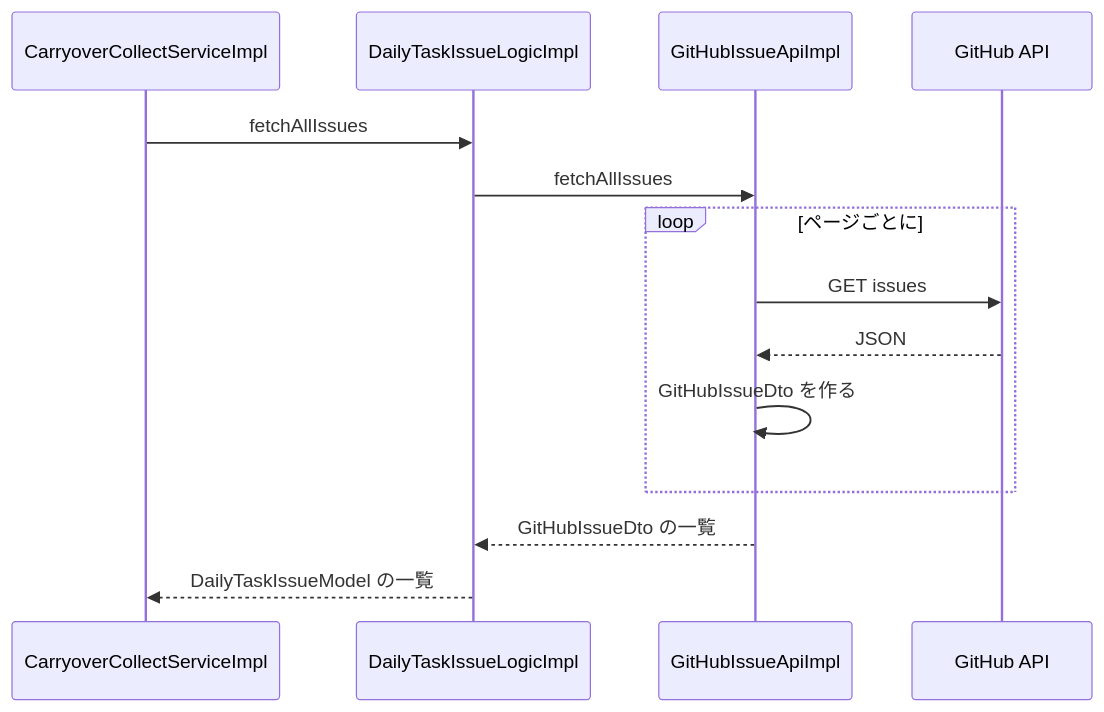
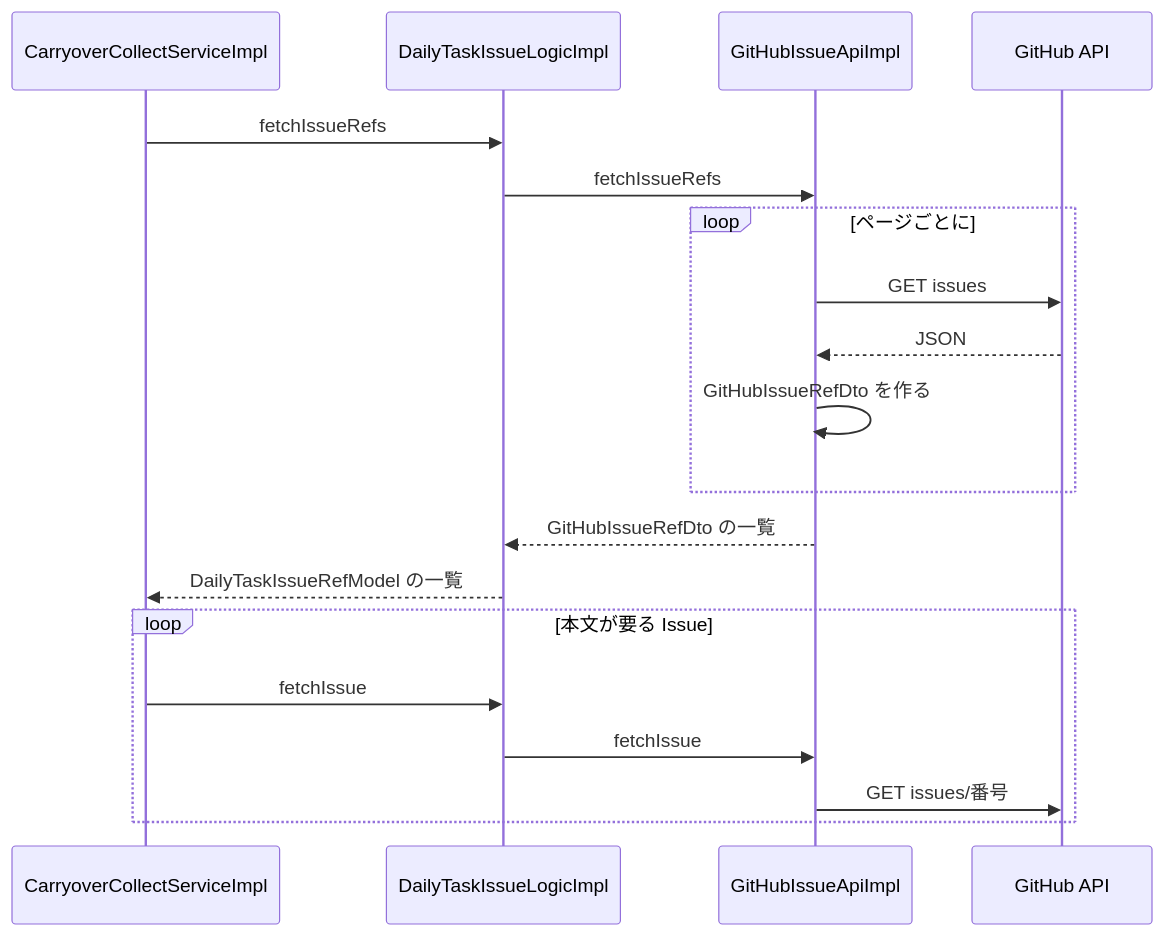
One commit to KenichiroArai/kb002_daily-tasks_doc changed the second of 3 diagrams in docs/design/backend/03-processing.md. Above: the diagram before and after it, drawn with Mermaid. The commit also changed other lines of this file and 2 other files, not shown here.

````diff
--- a/docs/design/backend/03-processing.md
+++ b/docs/design/backend/03-processing.md
@@ -78,17 +75,22 @@
 ```mermaid
 sequenceDiagram
   participant Collect as CarryoverCollectServiceImpl
   participant Logic as DailyTaskIssueLogicImpl
   participant Api as GitHubIssueApiImpl
   participant GitHub as GitHub API
 
-  Collect->>Logic: fetchAllIssues
-  Logic->>Api: fetchAllIssues
+  Collect->>Logic: fetchIssueRefs
+  Logic->>Api: fetchIssueRefs
   loop ページごとに
     Api->>GitHub: GET issues
     GitHub-->>Api: JSON
-    Api->>Api: GitHubIssueDto を作る
+    Api->>Api: GitHubIssueRefDto を作る
   end
-  Api-->>Logic: GitHubIssueDto の一覧
-  Logic-->>Collect: DailyTaskIssueModel の一覧
+  Api-->>Logic: GitHubIssueRefDto の一覧
+  Logic-->>Collect: DailyTaskIssueRefModel の一覧
+  loop 本文が要る Issue
+    Collect->>Logic: fetchIssue
+    Logic->>Api: fetchIssue
+    Api->>GitHub: GET issues/番号
+  end
 ```
````
